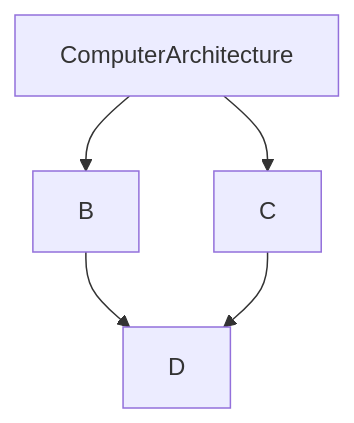
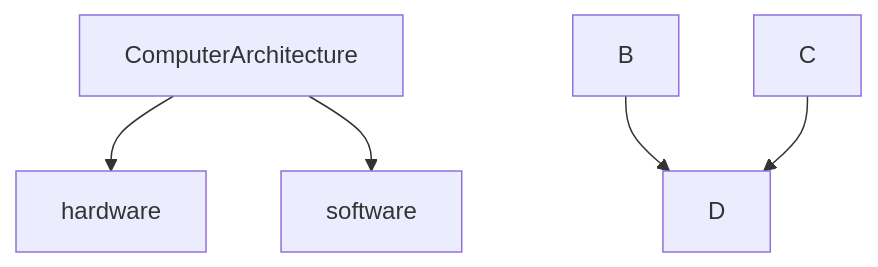
One commit to qmarsun/computer changed the diagram in computer1.md. Above: the diagram before and after it, drawn with Mermaid.

````diff
--- a/computer1.md
+++ b/computer1.md
@@ -1,7 +1,7 @@
 ```mermaid
 graph TD;
-    ComputerArchitecture-->B;
-    ComputerArchitecture-->C;
+    ComputerArchitecture-->hardware;
+    ComputerArchitecture-->software;
     B-->D;
     C-->D;
 ```
````
